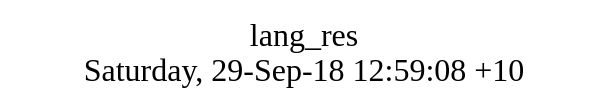
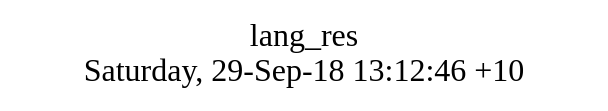
The diagram in src/lang_res/struct.dot (AlexZeDim/apps), drawn with Graphviz before and after one commit. The commit also changed 3 other files, not shown here.

```diff
--- a/src/lang_res/struct.dot
+++ b/src/lang_res/struct.dot
@@ -1,8 +1,8 @@
 digraph G {
 fontsize="24";
-label="lang_res\nSaturday, 29-Sep-18 12:59:08 +10";
+label="lang_res\nSaturday, 29-Sep-18 13:12:46 +10";
 nojustify=true;
 ordering=out;
 rankdir=LR;
 size="30";
 }
```
